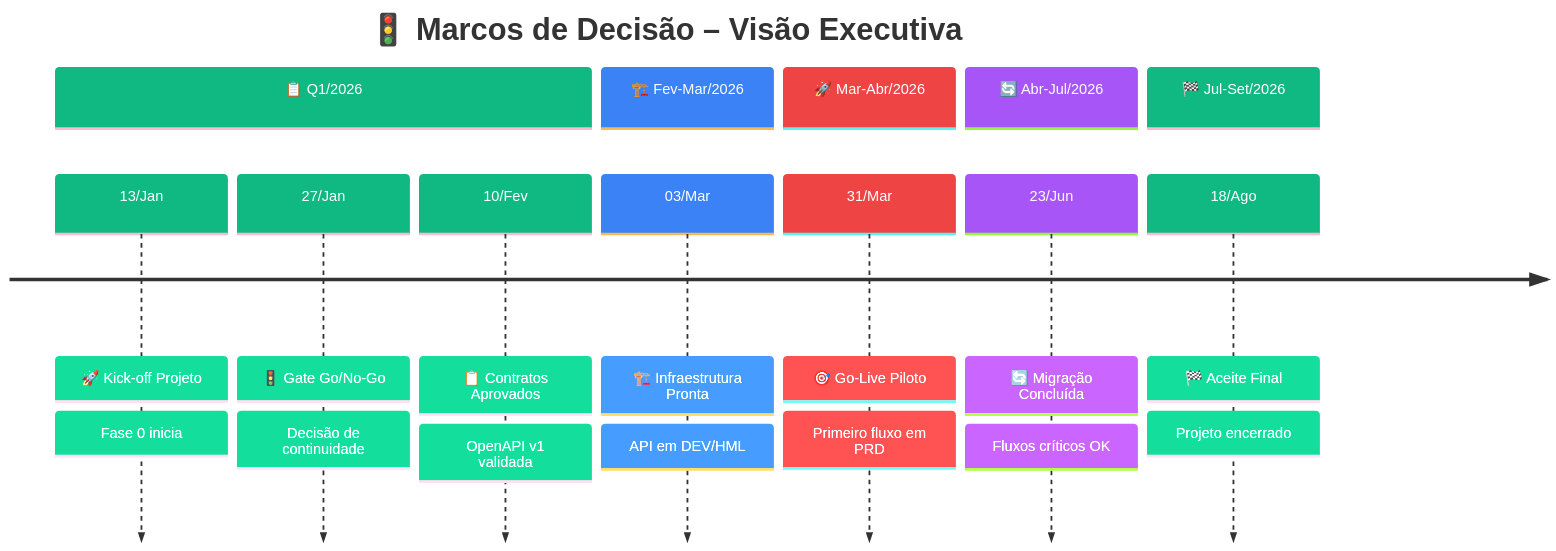
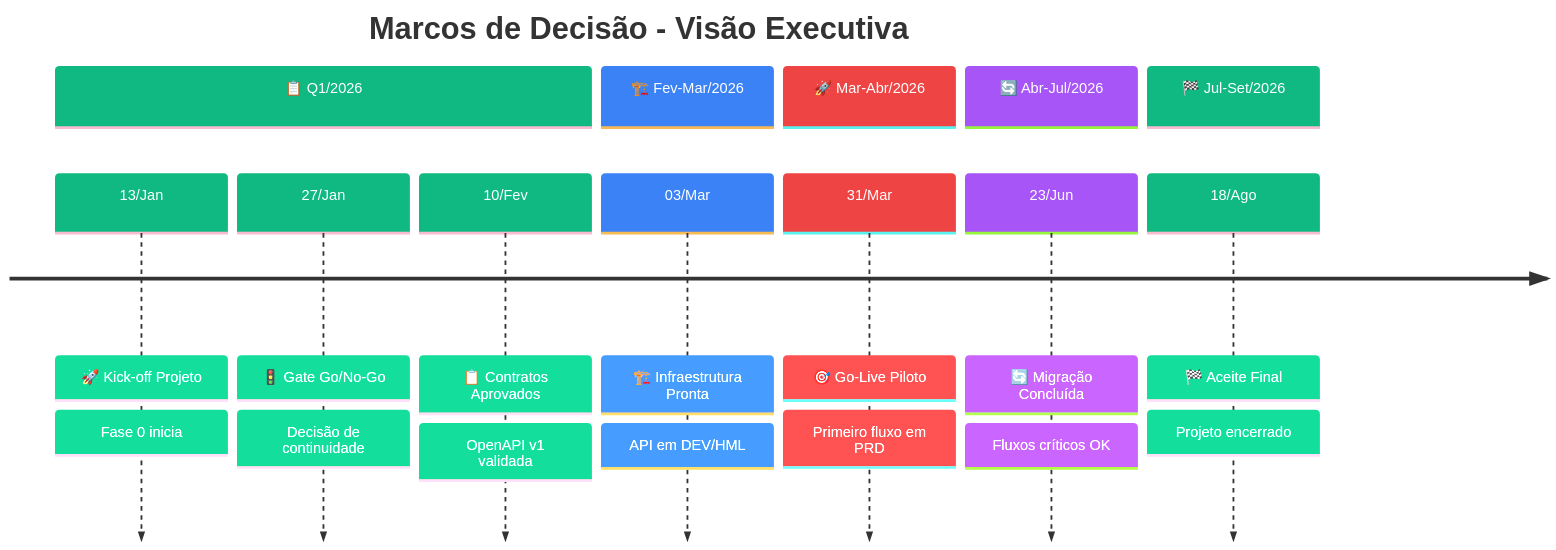
The seventh of 14 diagrams in docs/planoProjetoModernizacao.md (Evilazaro/Azure-LogicApps-Monitoring), drawn with Mermaid before and after one commit. The commit also changed other lines of this file, not shown here.

Commit message:
docs: Refine mermaid diagrams in project plan for improved clarity, consistency, and styling

````diff
--- a/docs/planoProjetoModernizacao.md
+++ b/docs/planoProjetoModernizacao.md
@@ -1134,38 +1008,43 @@
 ```mermaid
 %%{init: {
     'theme': 'base',
     'themeVariables': {
         'cScale0': '#10B981',
         'cScale1': '#3B82F6',
         'cScale2': '#EF4444',
         'cScale3': '#A855F7',
         'cScale4': '#10B981',
         'cScaleLabel0': '#ffffff',
         'cScaleLabel1': '#ffffff',
         'cScaleLabel2': '#ffffff',
         'cScaleLabel3': '#ffffff',
         'cScaleLabel4': '#ffffff'
     }
 }}%%
 timeline
-    title 🚦 Marcos de Decisão – Visão Executiva
+    title Marcos de Decisão - Visão Executiva
+    %% ===== SEÇÃO Q1/2026 =====
     section 📋 Q1/2026
         13/Jan : 🚀 Kick-off Projeto
                 : Fase 0 inicia
         27/Jan : 🚦 Gate Go/No-Go
                 : Decisão de continuidade
         10/Fev : 📋 Contratos Aprovados
                 : OpenAPI v1 validada
+    %% ===== SEÇÃO FEV-MAR/2026 =====
     section 🏗️ Fev-Mar/2026
         03/Mar : 🏗️ Infraestrutura Pronta
                 : API em DEV/HML
+    %% ===== SEÇÃO MAR-ABR/2026 =====
     section 🚀 Mar-Abr/2026
         31/Mar : 🎯 Go-Live Piloto
                 : Primeiro fluxo em PRD
+    %% ===== SEÇÃO ABR-JUL/2026 =====
     section 🔄 Abr-Jul/2026
         23/Jun : 🔄 Migração Concluída
                 : Fluxos críticos OK
+    %% ===== SEÇÃO JUL-SET/2026 =====
     section 🏁 Jul-Set/2026
         18/Ago : 🏁 Aceite Final
                 : Projeto encerrado
 ```
````
